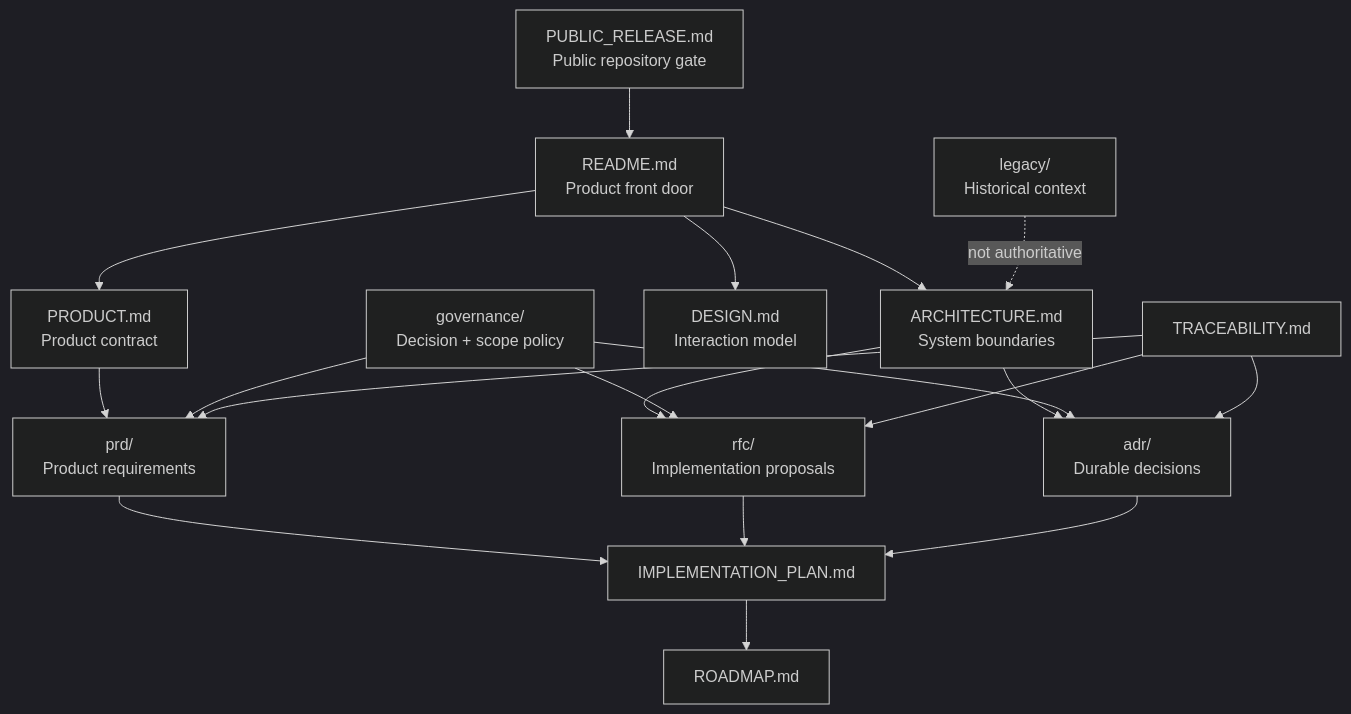
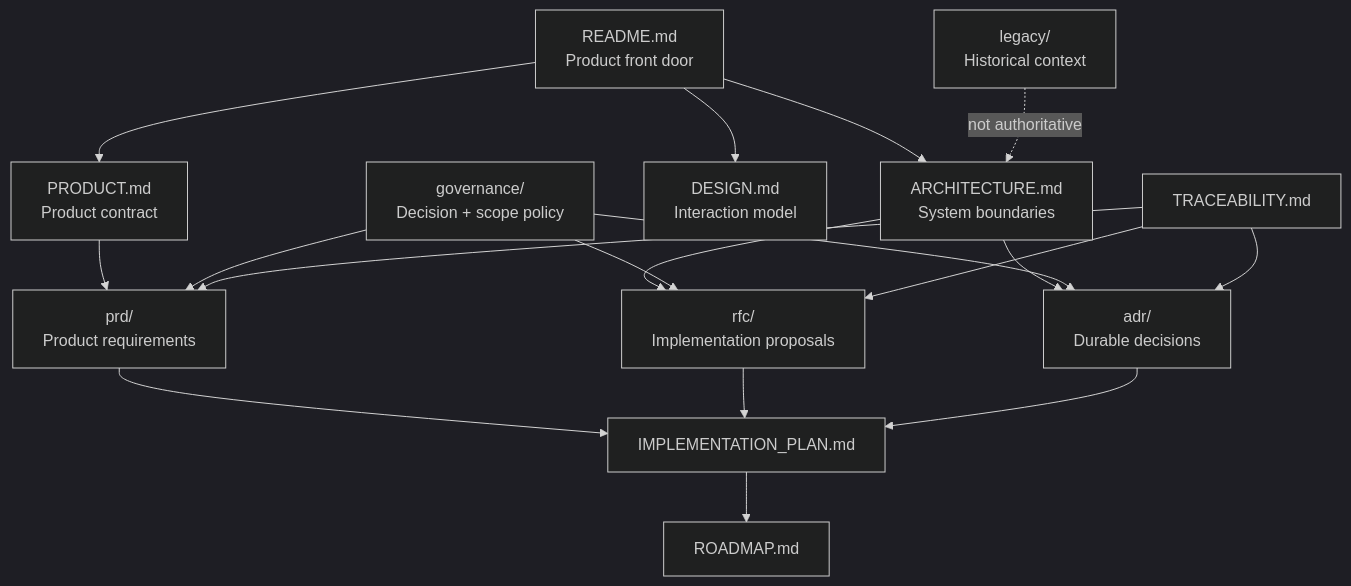
The first of 2 diagrams in docs/README.md (Knapp-Kevin/B.O.B.), drawn with Mermaid (dark theme) before and after one commit. The commit also changed other lines of this file, not shown here.

Commit message:
Refresh documentation index for public repository

````diff
--- a/docs/README.md
+++ b/docs/README.md
@@ -9,26 +9,25 @@
 ```mermaid
 flowchart TB
     ROOT[README.md<br/>Product front door] --> PRODUCT[PRODUCT.md<br/>Product contract]
     ROOT --> ARCH[ARCHITECTURE.md<br/>System boundaries]
     ROOT --> DESIGN[DESIGN.md<br/>Interaction model]
 
     PRODUCT --> PRD[prd/<br/>Product requirements]
     ARCH --> RFC[rfc/<br/>Implementation proposals]
     ARCH --> ADR[adr/<br/>Durable decisions]
 
     GOV[governance/<br/>Decision + scope policy] --> PRD
     GOV --> RFC
     GOV --> ADR
 
     PLAN[IMPLEMENTATION_PLAN.md] --> ROADMAP[ROADMAP.md]
     PRD --> PLAN
     RFC --> PLAN
     ADR --> PLAN
 
     TRACE[TRACEABILITY.md] --> PRD
     TRACE --> RFC
     TRACE --> ADR
 
-    PUBLIC[PUBLIC_RELEASE.md<br/>Public repository gate] --> ROOT
     LEGACY[legacy/<br/>Historical context] -. not authoritative .-> ARCH
 ```
````
